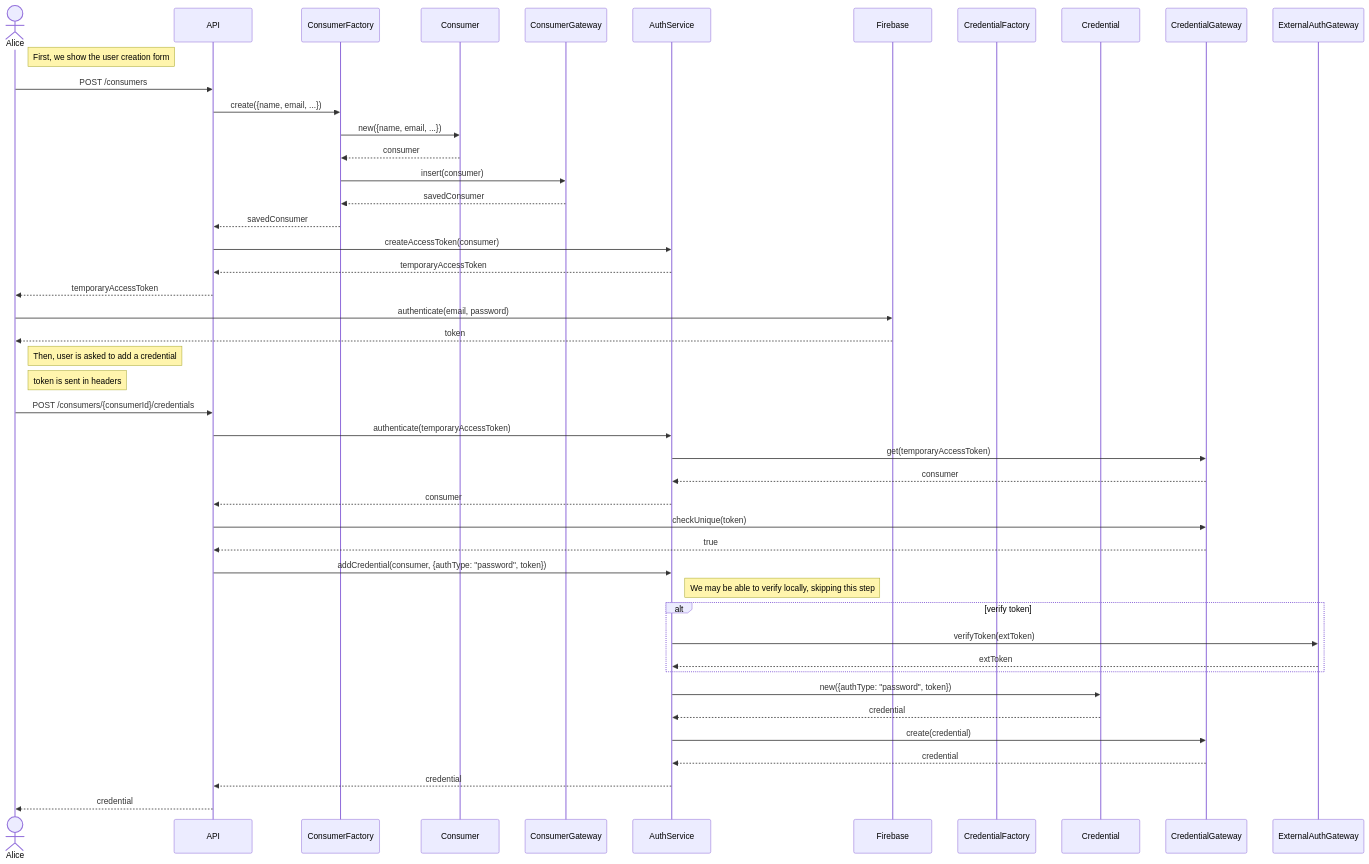
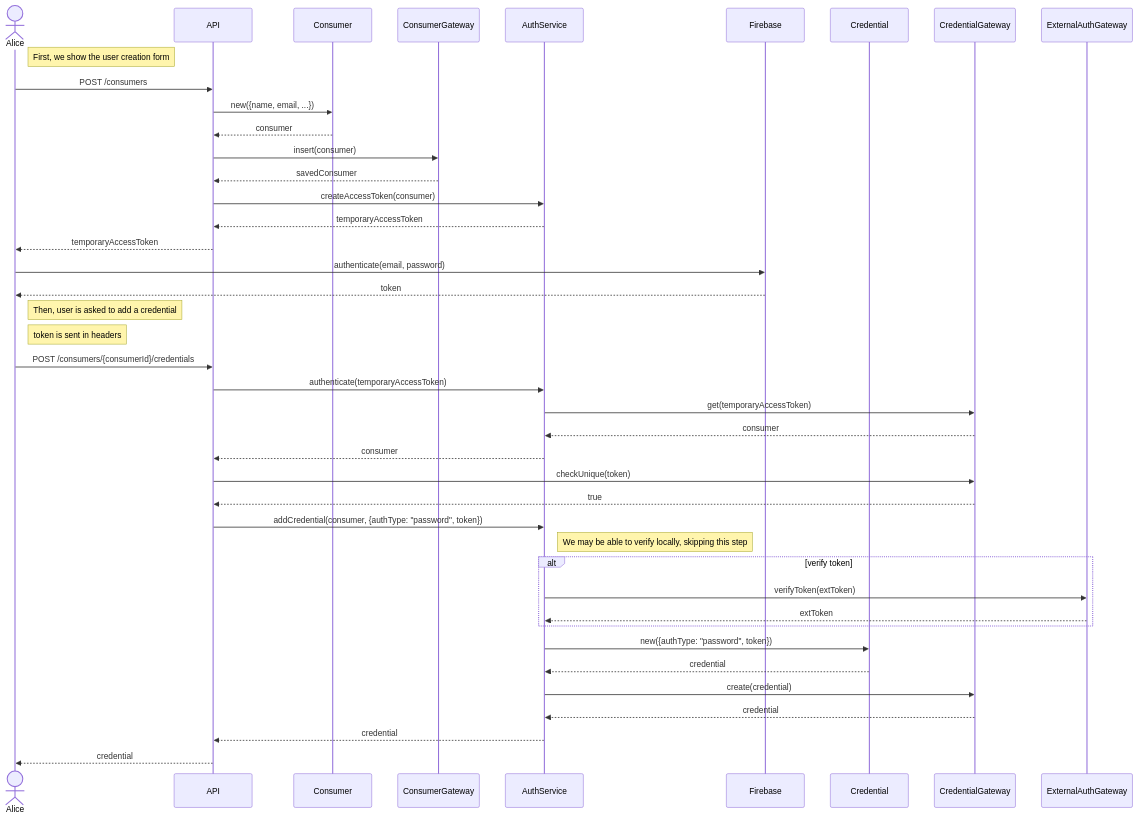
Before and after one commit to hivetown/planning: the seventh of 32 diagrams in sequence.md, drawn with Mermaid. The commit also changed other lines of this file, not shown here.

````diff
--- a/sequence.md
+++ b/sequence.md
@@ -254,61 +250,55 @@
 ```mermaid
 sequenceDiagram
     actor A as Alice
     participant API
-    participant CF as ConsumerFactory
     participant C as Consumer
     participant CG as ConsumerGateway
     participant Au as AuthService
     participant F as Firebase
-    participant CredF as CredentialFactory
     participant Cred as Credential
     participant CredG as CredentialGateway
     participant EAu as ExternalAuthGateway
 
     Note right of A: First, we show the user creation form
     A ->> API: POST /consumers
 
-    API ->> CF: create({name, email, ...})
+    API ->> C: new({name, email, ...})
+    C -->> API: consumer
 
-    CF ->> C: new({name, email, ...})
-    C -->> CF: consumer
-
-    CF ->> CG: insert(consumer)
-    CG -->> CF: savedConsumer
-
-    CF -->> API: savedConsumer
+    API ->> CG: insert(consumer)
+    CG -->> API: savedConsumer
 
     API ->> Au: createAccessToken(consumer)
     Au -->> API: temporaryAccessToken
 
     API -->> A: temporaryAccessToken
 
     A ->> F: authenticate(email, password)
     F -->> A: token
 
     Note right of A: Then, user is asked to add a credential
     Note right of A: token is sent in headers
     A ->> API: POST /consumers/{consumerId}/credentials
     API ->> Au: authenticate(temporaryAccessToken)
     Au ->> CredG: get(temporaryAccessToken)
     CredG -->> Au: consumer
     Au -->> API: consumer
 
     API ->> CredG: checkUnique(token)
     CredG -->> API: true
 
     API ->> Au: addCredential(consumer, {authType: "password", token})
 
     Note right of Au: We may be able to verify locally, skipping this step
     alt verify token
         Au ->> EAu: verifyToken(extToken)
         EAu -->> Au: extToken
     end
 
     Au ->> Cred: new({authType: "password", token})
     Cred -->> Au: credential
     Au ->> CredG: create(credential)
     CredG -->> Au: credential
     Au -->> API: credential
     API -->> A: credential
 ```
````
